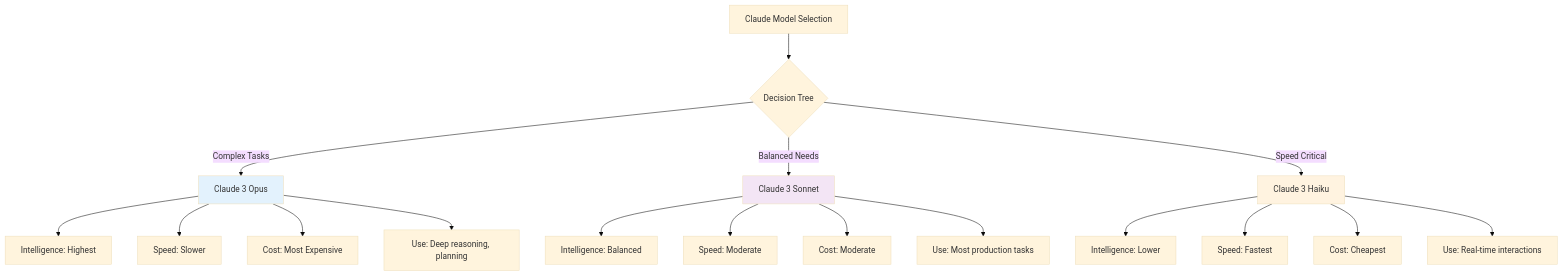
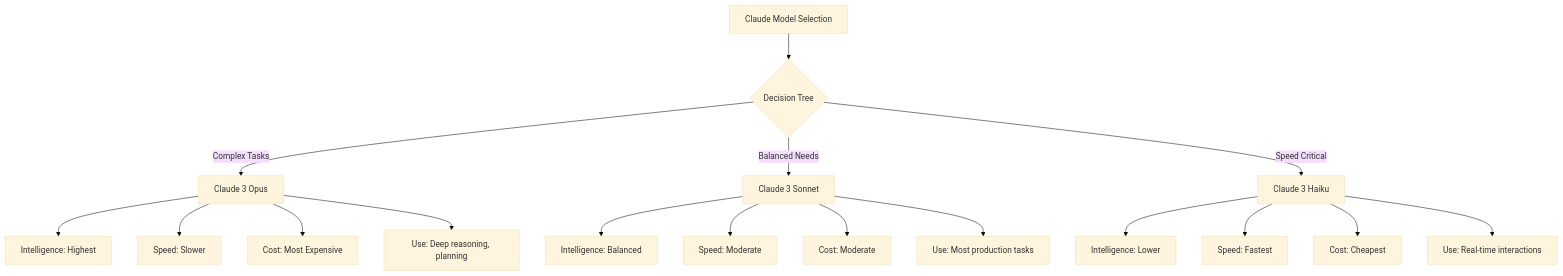
The first of 9 diagrams in docs/02_Claude-101.md (CagriCatik/claude-ollama-coder), drawn with Mermaid (base theme) before and after one commit. The commit also changed other lines of this file and 16 other files, not shown here.

````diff
--- a/docs/02_Claude-101.md
+++ b/docs/02_Claude-101.md
@@ -24,27 +25,24 @@
 ```mermaid
 graph TB
     A["Claude Model Selection"] --> B{"Decision Tree"}
     
     B -->|Complex Tasks| C["Claude 3 Opus"]
     B -->|Balanced Needs| D["Claude 3 Sonnet"]
     B -->|Speed Critical| E["Claude 3 Haiku"]
     
     C --> C1["Intelligence: Highest"]
     C --> C2["Speed: Slower"]
     C --> C3["Cost: Most Expensive"]
     C --> C4["Use: Deep reasoning, planning"]
     
     D --> D1["Intelligence: Balanced"]
     D --> D2["Speed: Moderate"]
     D --> D3["Cost: Moderate"]
     D --> D4["Use: Most production tasks"]
     
     E --> E1["Intelligence: Lower"]
     E --> E2["Speed: Fastest"]
     E --> E3["Cost: Cheapest"]
     E --> E4["Use: Real-time interactions"]
     
-    style C fill:#e3f2fd
-    style D fill:#f3e5f5
-    style E fill:#fff3e0
 ```
````
